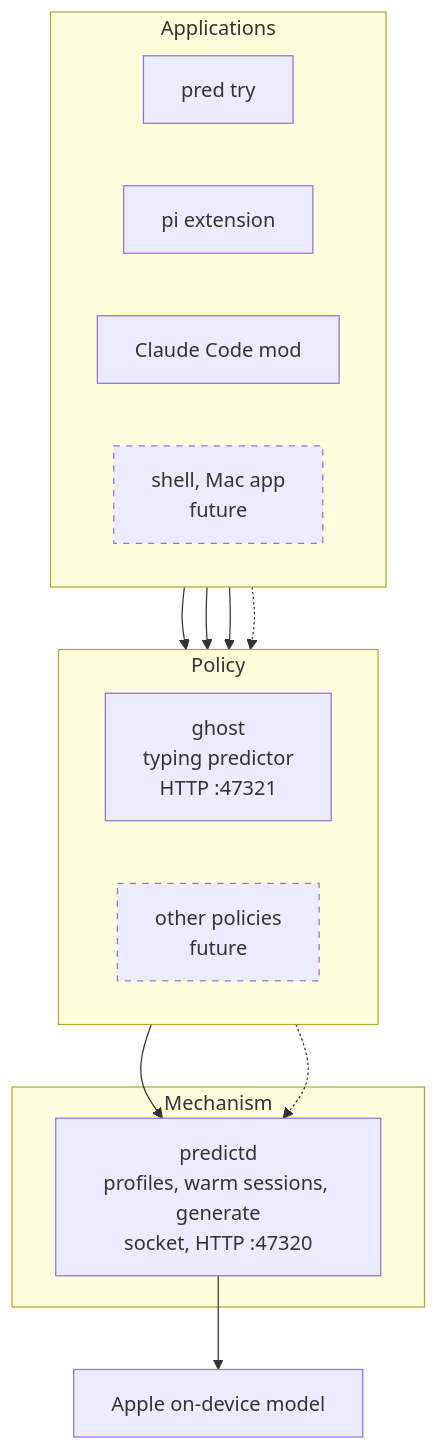
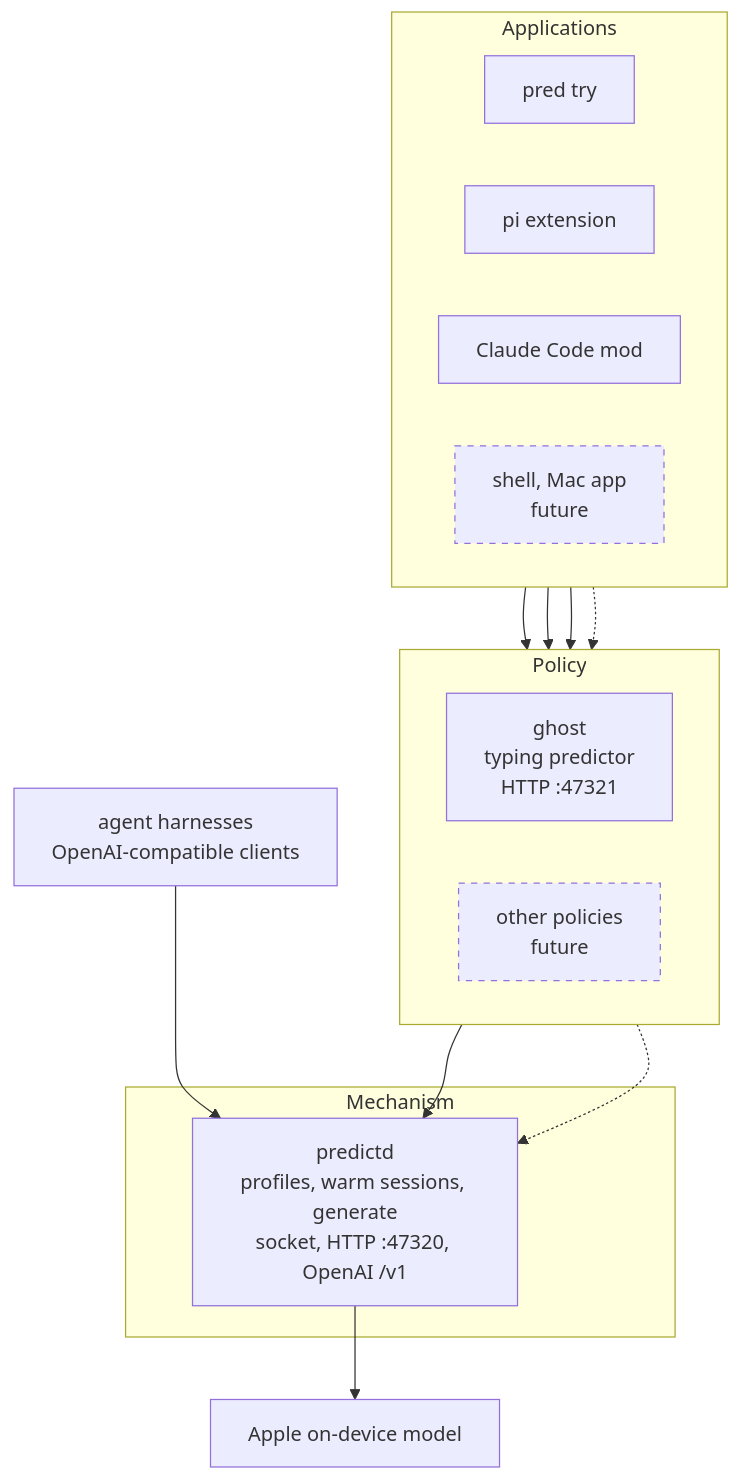
One commit to FreemanX/Homeword changed the diagram in README.md. Above: the diagram before and after it, drawn with Mermaid. The commit also changed other lines of this file and 7 other files, not shown here.

````diff
--- a/README.md
+++ b/README.md
@@ -15,27 +16,29 @@
 ```mermaid
 flowchart TB
     subgraph apps["Applications"]
         direction LR
         try["pred try"]
         pi["pi extension"]
         cc["Claude Code mod"]
         next["shell, Mac app<br/>future"]:::future
     end
     subgraph policy["Policy"]
         direction LR
         ghost["ghost<br/>typing predictor<br/>HTTP :47321"]
         other["other policies<br/>future"]:::future
     end
     subgraph mech["Mechanism"]
-        predictd["predictd<br/>profiles, warm sessions, generate<br/>socket, HTTP :47320"]
+        predictd["predictd<br/>profiles, warm sessions, generate<br/>socket, HTTP :47320, OpenAI /v1"]
     end
+    harness["agent harnesses<br/>OpenAI-compatible clients"]
     fm["Apple on-device model"]
     try --> ghost
     pi --> ghost
     cc --> ghost
     next -.-> ghost
     ghost --> predictd
     other -.-> predictd
+    harness --> predictd
     predictd --> fm
     classDef future stroke-dasharray: 5 5
 ```
````
